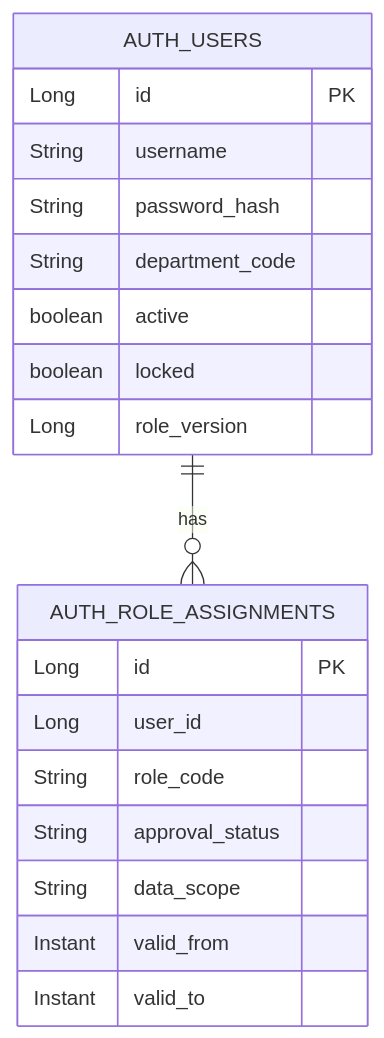
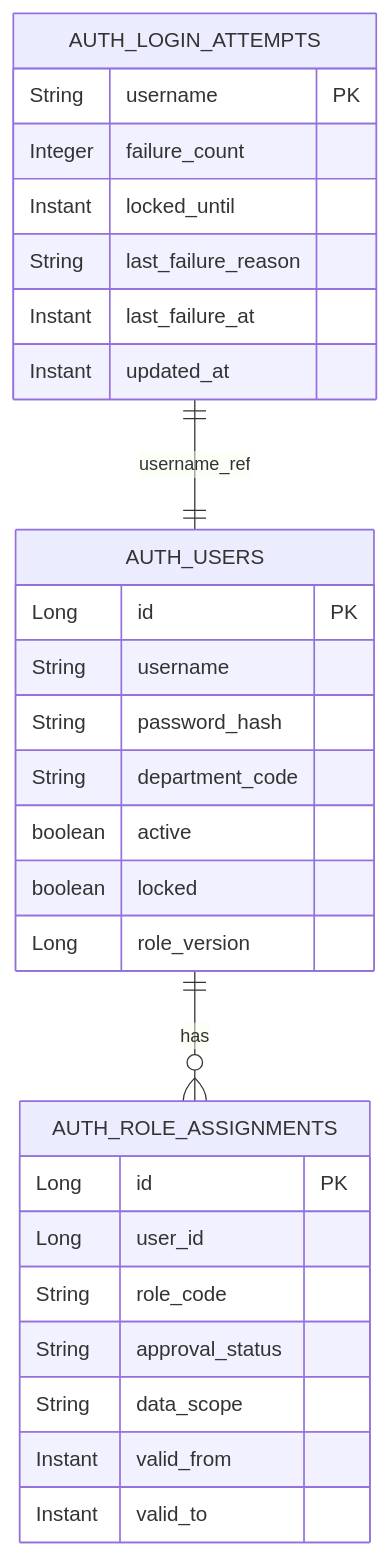
One commit to skyg547/account changed the diagram in auth/docs/schema.md. Above: the diagram before and after it, drawn with Mermaid. The commit also changed other lines of this file and 395 other files, not shown here.

````diff
--- a/auth/docs/schema.md
+++ b/auth/docs/schema.md
@@ -7,22 +7,31 @@
 ```mermaid
 erDiagram
     AUTH_USERS ||--o{ AUTH_ROLE_ASSIGNMENTS : has
+    AUTH_LOGIN_ATTEMPTS ||--|| AUTH_USERS : username_ref
     AUTH_USERS {
         Long id PK
         String username
         String password_hash
         String department_code
         boolean active
         boolean locked
         Long role_version
     }
     AUTH_ROLE_ASSIGNMENTS {
         Long id PK
         Long user_id
         String role_code
         String approval_status
         String data_scope
         Instant valid_from
         Instant valid_to
     }
+    AUTH_LOGIN_ATTEMPTS {
+        String username PK
+        Integer failure_count
+        Instant locked_until
+        String last_failure_reason
+        Instant last_failure_at
+        Instant updated_at
+    }
 ```
````
